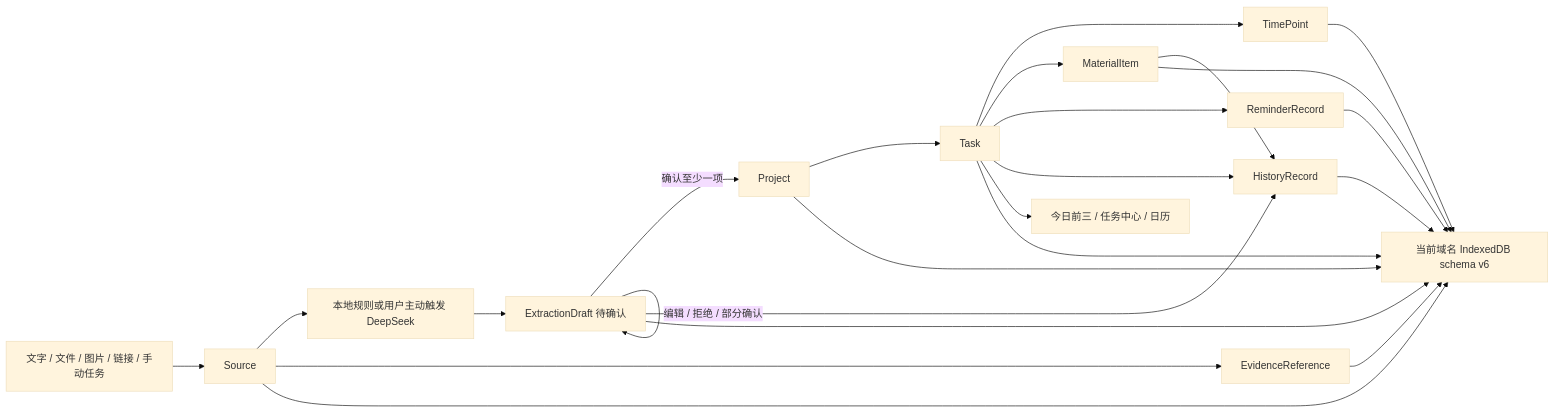
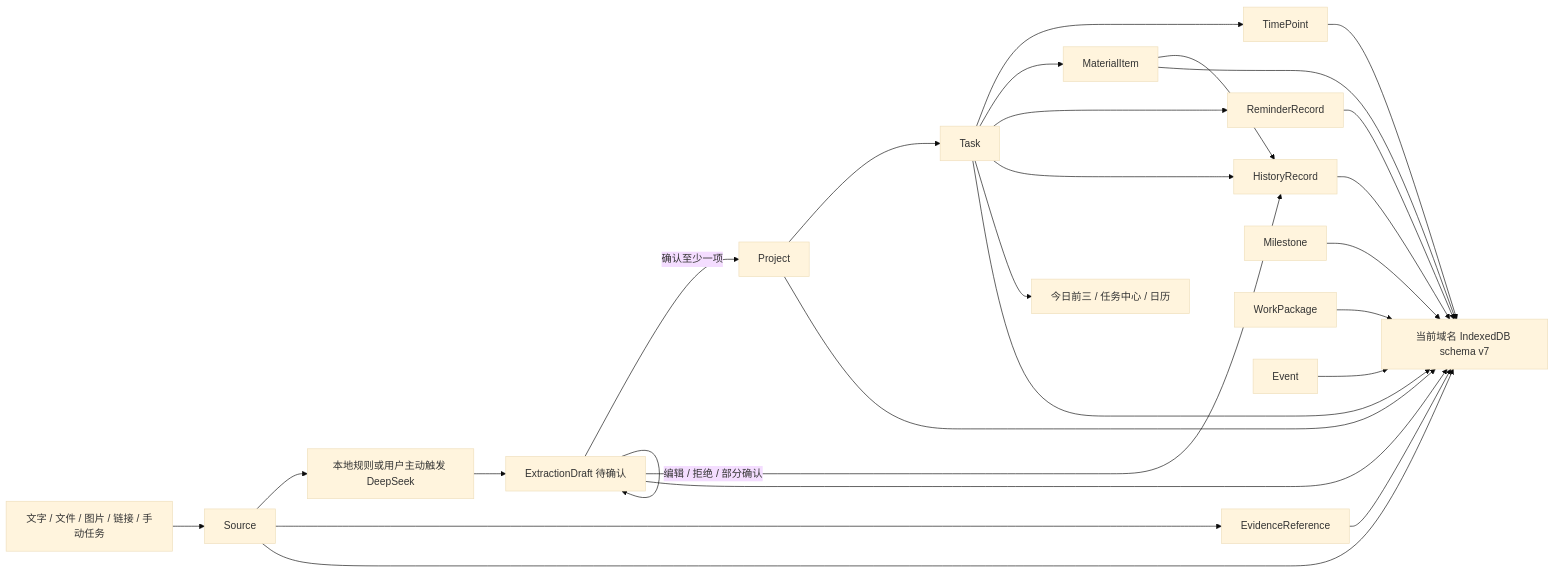
One commit to nightair5/Student-Affairs-Manager changed the diagram in docs/ARCHITECTURE.md. Above: the diagram before and after it, drawn with Mermaid (base theme). The commit also changed 40 other files, not shown here.

````diff
--- a/docs/ARCHITECTURE.md
+++ b/docs/ARCHITECTURE.md
@@ -7,18 +7,18 @@
 ```mermaid
 flowchart LR
   Input["文字 / 文件 / 图片 / 链接 / 手动任务"] --> Source["Source"]
   Source --> Extract["本地规则或用户主动触发 DeepSeek"]
   Extract --> Draft["ExtractionDraft 待确认"]
   Draft -->|"编辑 / 拒绝 / 部分确认"| Draft
   Draft -->|"确认至少一项"| Project["Project"]
   Project --> Task["Task"]
   Task --> Time["TimePoint"]
   Task --> Material["MaterialItem"]
   Task --> Reminder["ReminderRecord"]
   Source --> Evidence["EvidenceReference"]
   Task --> History["HistoryRecord"]
   Material --> History
   Draft --> History
   Task --> Today["今日前三 / 任务中心 / 日历"]
-  Source & Draft & Project & Task & Time & Material & Evidence & History & Reminder --> IDB["当前域名 IndexedDB schema v6"]
+  Source & Draft & Project & Milestone & WorkPackage & Task & Event & Time & Material & Evidence & History & Reminder --> IDB["当前域名 IndexedDB schema v7"]
 ```
````
